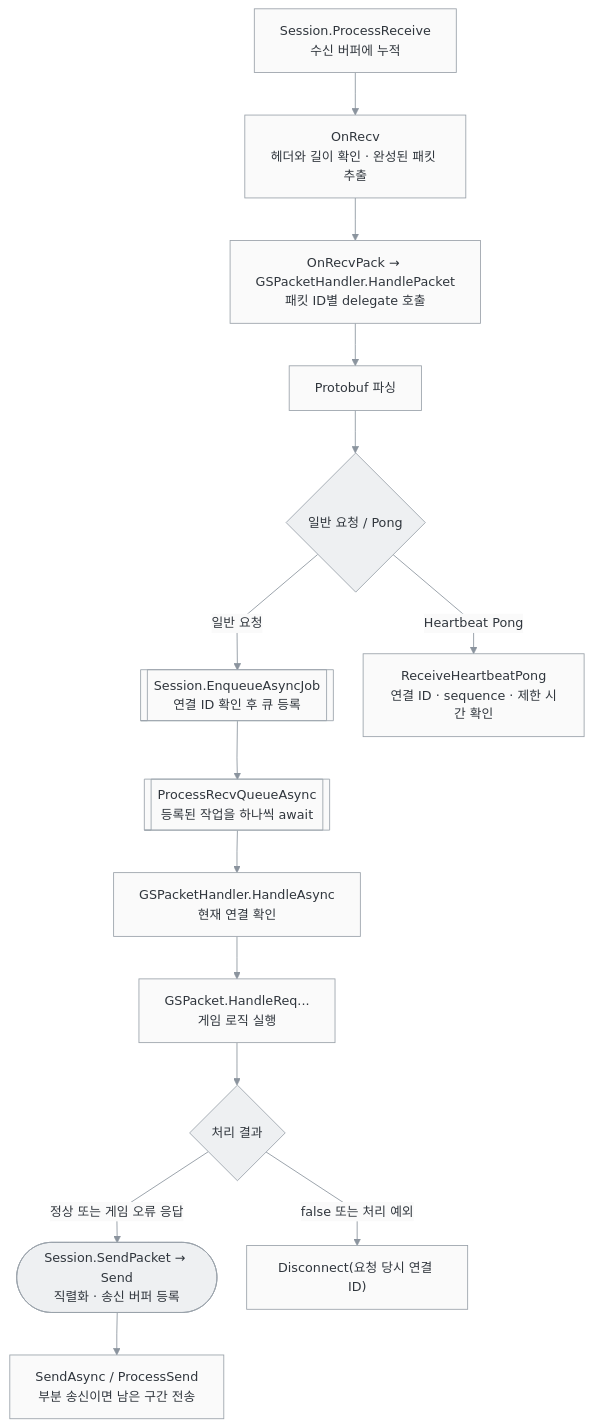
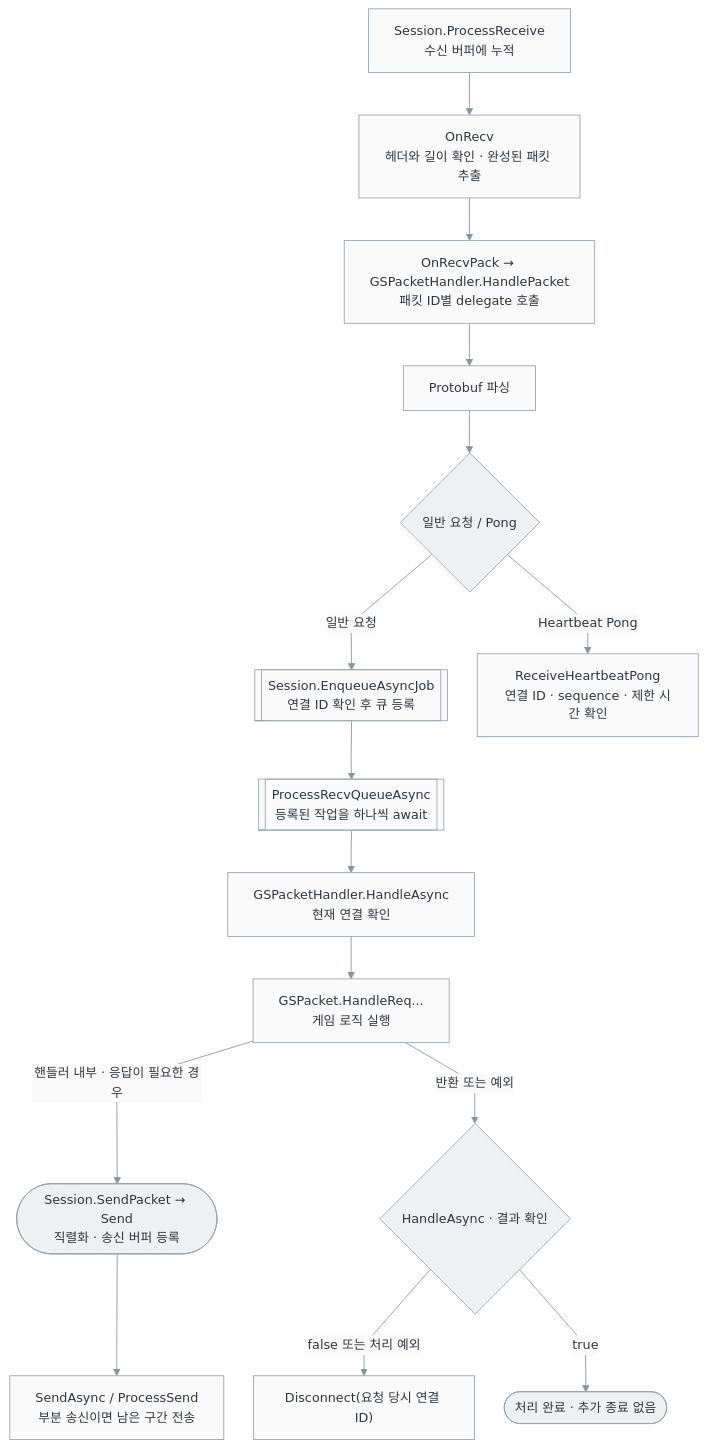
The second of 7 diagrams in docs/SERVER_ARCHITECTURE.md (GodDongjin/CSharpServer_Portfolio), drawn with Mermaid before and after one commit. The commit also changed other lines of this file, not shown here.

Commit message:
docs: align architecture diagrams with actual call order and lifecycle

````diff
--- a/docs/SERVER_ARCHITECTURE.md
+++ b/docs/SERVER_ARCHITECTURE.md
@@ -49,30 +49,31 @@
 ```mermaid
 %%{init: {"theme": "base", "themeVariables": {"fontFamily": "Segoe UI, Malgun Gothic, sans-serif", "fontSize": "15px", "primaryColor": "#fafafa", "primaryTextColor": "#30363d", "primaryBorderColor": "#8b949e", "lineColor": "#8b949e", "secondaryColor": "#f2f3f4", "tertiaryColor": "#fafafa", "textColor": "#30363d", "actorBkg": "#f6f7f8", "actorBorder": "#8b949e", "actorTextColor": "#30363d", "signalColor": "#8b949e", "signalTextColor": "#30363d", "noteBkgColor": "#f6f7f8", "noteTextColor": "#30363d", "noteBorderColor": "#8b949e", "labelBoxBkgColor": "#f6f7f8", "labelTextColor": "#30363d", "clusterBkg": "#f6f7f8", "clusterBorder": "#c5cbd1", "edgeLabelBackground": "#fafafa", "activationBkgColor": "#e6e8eb", "activationBorderColor": "#8b949e", "sequenceNumberColor": "#ffffff"}, "flowchart": {"curve": "linear", "nodeSpacing": 35, "rankSpacing": 50}, "sequence": {"mirrorActors": false, "actorMargin": 35, "messageMargin": 30}}}%%
 flowchart TD
     R["Session.ProcessReceive<br/>수신 버퍼에 누적"] --> F["OnRecv<br/>헤더와 길이 확인 · 완성된 패킷 추출"]
     F --> H["OnRecvPack → GSPacketHandler.HandlePacket<br/>패킷 ID별 delegate 호출"]
     H --> P["Protobuf 파싱"]
     P --> T{"일반 요청 / Pong"}
     T -->|일반 요청| Q[["Session.EnqueueAsyncJob<br/>연결 ID 확인 후 큐 등록"]]
     Q --> W[["ProcessRecvQueueAsync<br/>등록된 작업을 하나씩 await"]]
     W --> A["GSPacketHandler.HandleAsync<br/>현재 연결 확인"]
     A --> G["GSPacket.HandleReq...<br/>게임 로직 실행"]
-    G --> O{"처리 결과"}
-    O -->|정상 또는 게임 오류 응답| S(["Session.SendPacket → Send<br/>직렬화 · 송신 버퍼 등록"])
+    G -->|핸들러 내부 · 응답이 필요한 경우| S(["Session.SendPacket → Send<br/>직렬화 · 송신 버퍼 등록"])
+    G -->|반환 또는 예외| O{"HandleAsync · 결과 확인"}
     S --> IO["SendAsync / ProcessSend<br/>부분 송신이면 남은 구간 전송"]
     O -->|false 또는 처리 예외| D["Disconnect(요청 당시 연결 ID)"]
+    O -->|true| End(["처리 완료 · 추가 종료 없음"])
     T -->|Heartbeat Pong| HB["ReceiveHeartbeatPong<br/>연결 ID · sequence · 제한 시간 확인"]
     classDef network fill:#fafafa,stroke:#9aa2aa,color:#30363d,stroke-width:1px
     classDef game fill:#fafafa,stroke:#9aa2aa,color:#30363d,stroke-width:1px
     classDef storage fill:#fafafa,stroke:#9aa2aa,color:#30363d,stroke-width:1px
     classDef queue fill:#fafafa,stroke:#9aa2aa,color:#30363d,stroke-width:1px
     classDef decision fill:#eef0f2,stroke:#9aa2aa,color:#30363d,stroke-width:1px
     classDef error fill:#fafafa,stroke:#9aa2aa,color:#30363d,stroke-width:1px
     classDef terminal fill:#eef0f2,stroke:#9aa2aa,color:#30363d,stroke-width:1px
     class R,F,H,P,IO,HB network
     class Q,W queue
     class A,G game
     class T,O decision
     class D error
-    class S terminal
+    class S,End terminal
 ```
````
